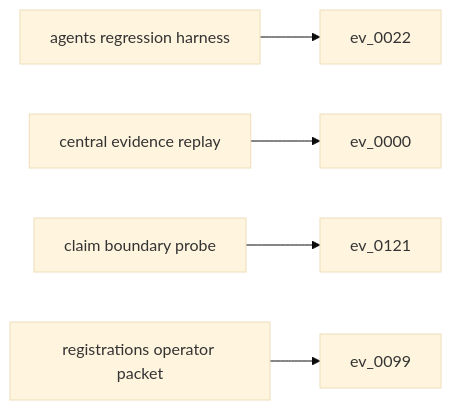
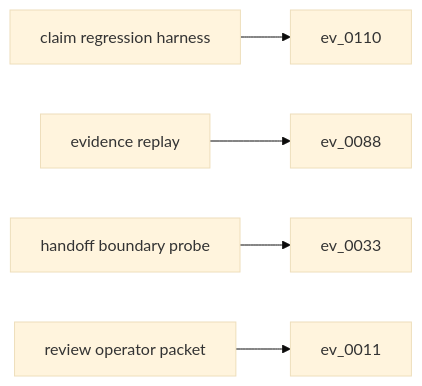
One commit to t7r0n/notice-fixture changed the diagram in outputs/trace_graph.mmd. Above: the diagram before and after it, drawn with Mermaid (base theme). The commit also changed 21 other files, not shown here.

```diff
--- a/outputs/trace_graph.mmd
+++ b/outputs/trace_graph.mmd
@@ -1,13 +1,13 @@
 flowchart LR
-  s0["agents regression harness"]
-  e0["ev_0022"]
+  s0["claim regression harness"]
+  e0["ev_0110"]
   s0 --> e0
-  s1["central evidence replay"]
-  e1["ev_0000"]
+  s1["evidence replay"]
+  e1["ev_0088"]
   s1 --> e1
-  s2["claim boundary probe"]
-  e2["ev_0121"]
+  s2["handoff boundary probe"]
+  e2["ev_0033"]
   s2 --> e2
-  s3["registrations operator packet"]
-  e3["ev_0099"]
+  s3["review operator packet"]
+  e3["ev_0011"]
   s3 --> e3
```
